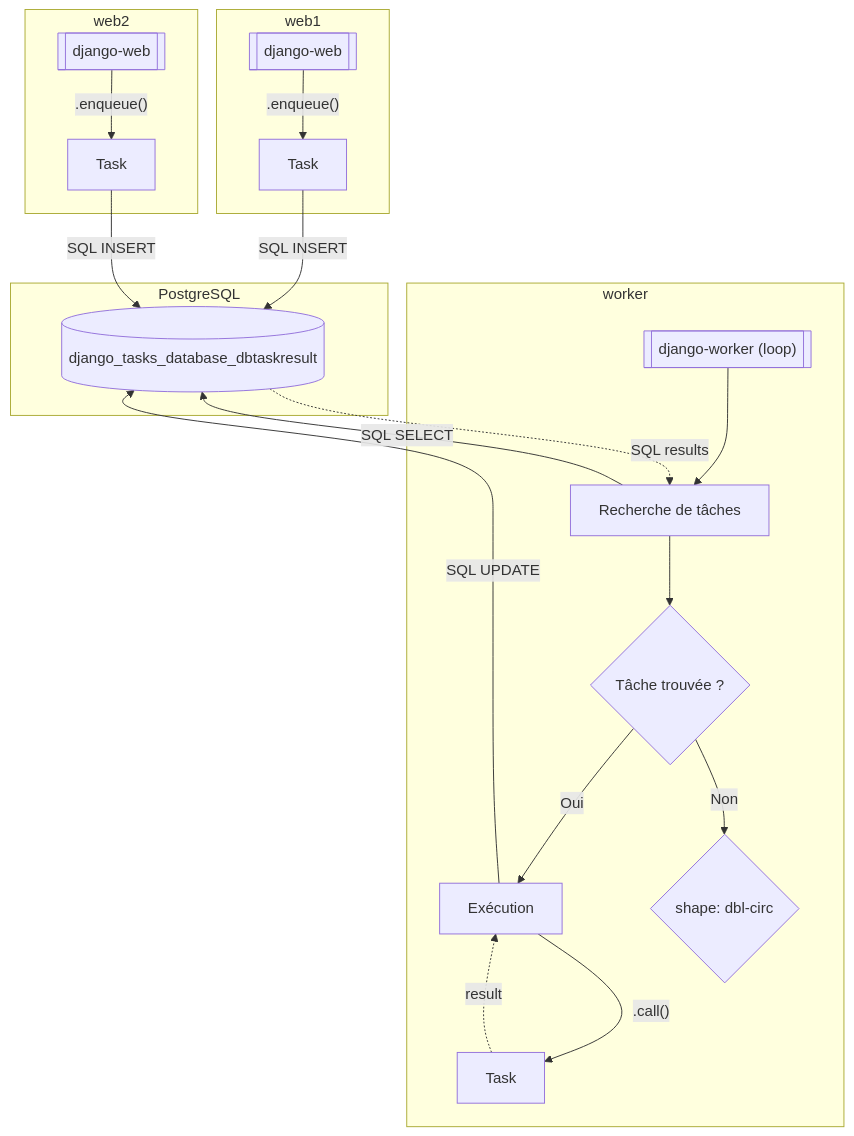
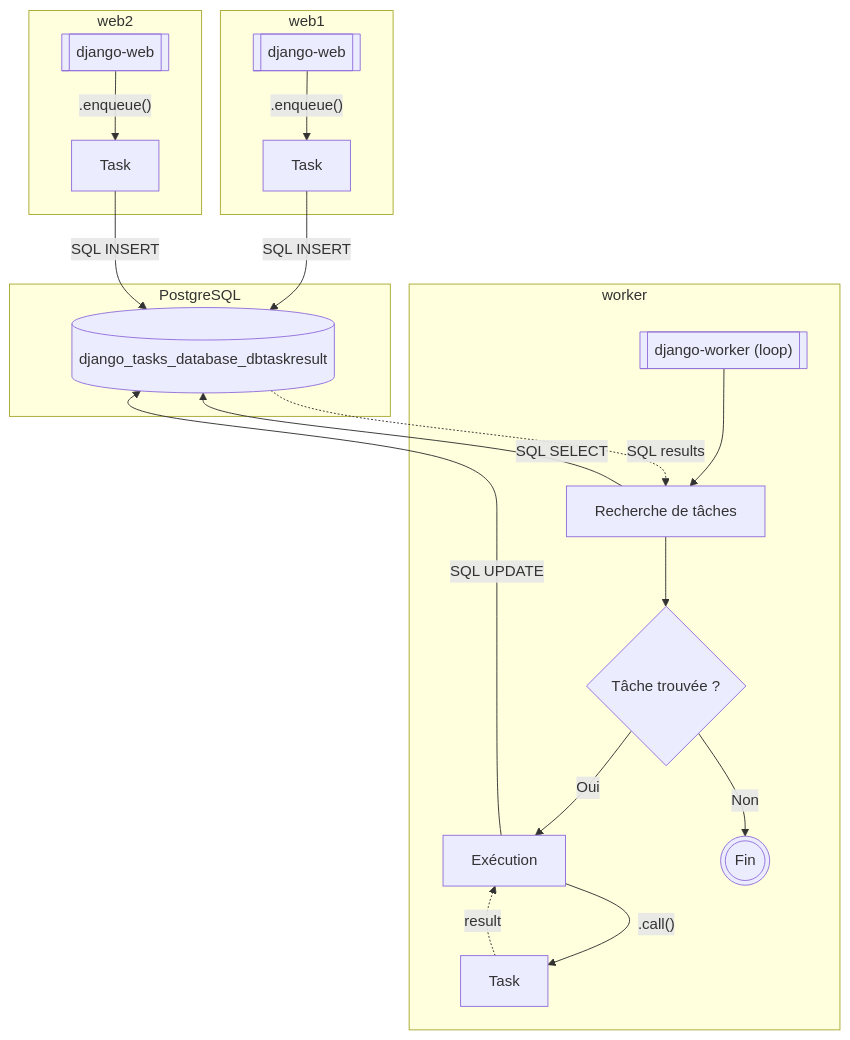
The third of 3 diagrams in documentation/dat/architecture-logicielle.md (betagouv/aides-agri), drawn with Mermaid before and after one commit. The commit also changed other lines of this file and 22 other files, not shown here.

````diff
--- a/documentation/dat/architecture-logicielle.md
+++ b/documentation/dat/architecture-logicielle.md
@@ -80,24 +79,24 @@
 ```mermaid
 flowchart TB
     subgraph web1
         django-web1[[django-web]]-- ".enqueue()" -->task-web1[Task]
     end
     subgraph web2
         django-web2[[django-web]]-- ".enqueue()" -->task-web2[Task]
     end
     subgraph worker
         task-worker[Task]
         django-worker[["django-worker (loop)"]]-->django-worker-check[Recherche de tâches]
         django-worker-check-->django-worker-found{Tâche trouvée ?}
         django-worker-found-- Oui -->django-worker-run[Exécution]
-        django-worker-found-- Non -->A{ shape: dbl-circ }
+        django-worker-found-- Non -->return@{ shape: dbl-circ, label: Fin }
     end
     subgraph PostgreSQL
         db-table[(django_tasks_database_dbtaskresult)]
     end
     task-web1-- SQL INSERT -->db-table
     task-web2-- SQL INSERT -->db-table
     django-worker-check-- SQL SELECT -->db-table-. SQL results .->django-worker-check
     django-worker-run-- ".call()" -->task-worker-. result .->django-worker-run
     django-worker-run-- SQL UPDATE -->db-table
 ```
````
